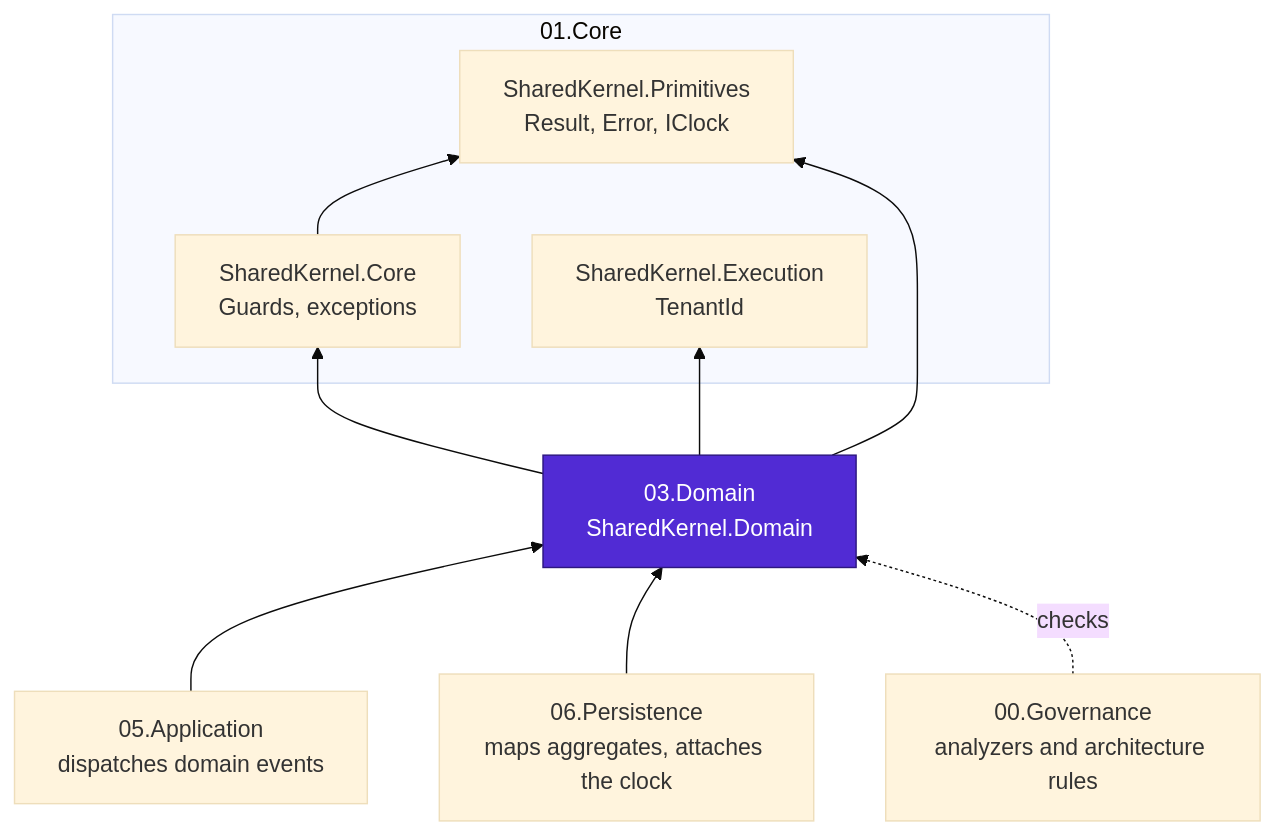
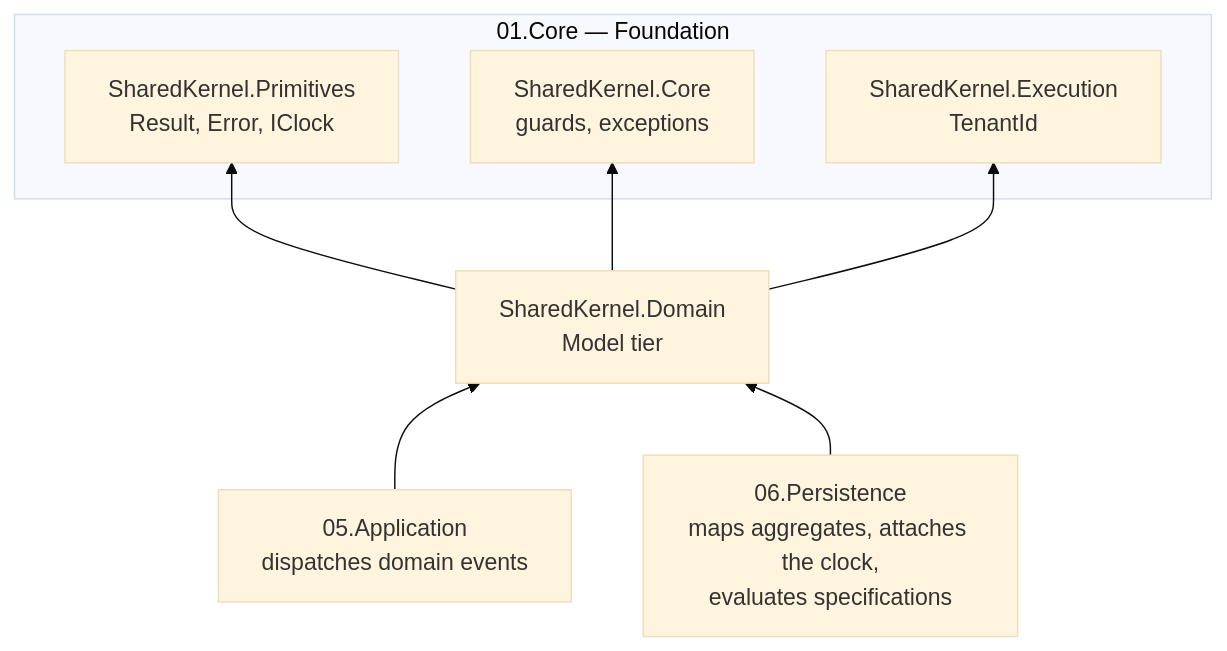
The diagram in 03.Domain/README.md (Gresta-Vertex-Labs/platform-shared-kernel), drawn with Mermaid (base theme) before and after one commit. The commit also changed other lines of this file and 639 other files, not shown here.

````diff
--- a/03.Domain/README.md
+++ b/03.Domain/README.md
@@ -42,24 +44,16 @@
 ```mermaid
 flowchart BT
-    subgraph core["01.Core"]
+    subgraph core["01.Core — Foundation"]
         Primitives["SharedKernel.Primitives<br/>Result, Error, IClock"]
-        Core["SharedKernel.Core<br/>Guards, exceptions"]
+        Core["SharedKernel.Core<br/>guards, exceptions"]
         Execution["SharedKernel.Execution<br/>TenantId"]
     end
-
-    Domain["03.Domain<br/>SharedKernel.Domain"]
-
+    Domain["SharedKernel.Domain<br/>Model tier"]
     Application["05.Application<br/>dispatches domain events"]
-    Persistence["06.Persistence<br/>maps aggregates, attaches the clock"]
-    Governance["00.Governance<br/>analyzers and architecture rules"]
-
-    style Domain fill:#512BD4,color:#fff,stroke:#2d1780
-
-    Core --> Primitives
+    Persistence["06.Persistence<br/>maps aggregates, attaches the clock,<br/>evaluates specifications"]
     Domain --> Primitives
     Domain --> Core
     Domain --> Execution
     Application --> Domain
     Persistence --> Domain
-    Governance -. checks .-> Domain
 ```
````
